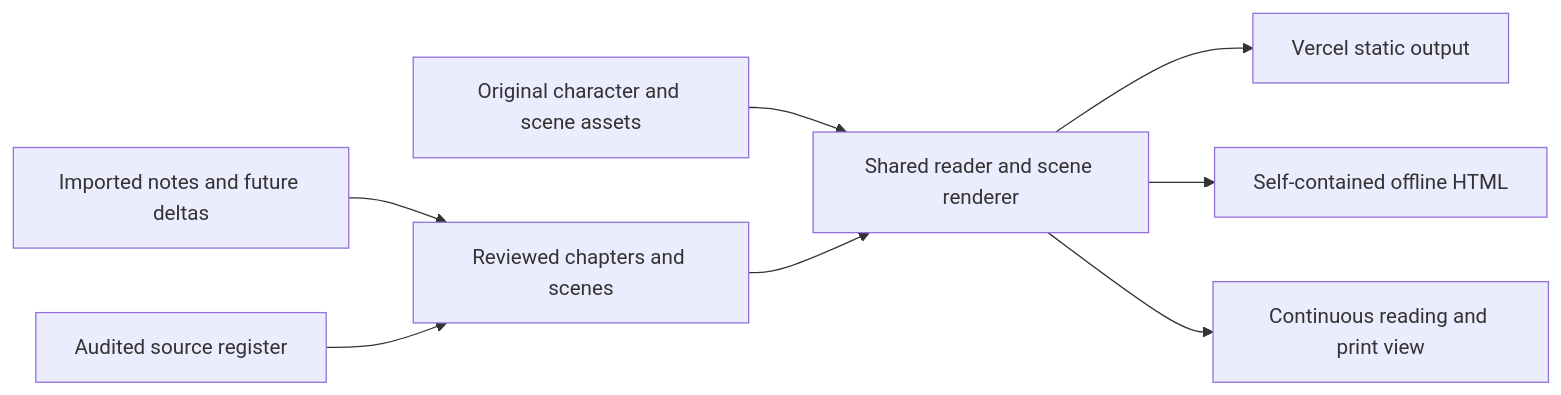
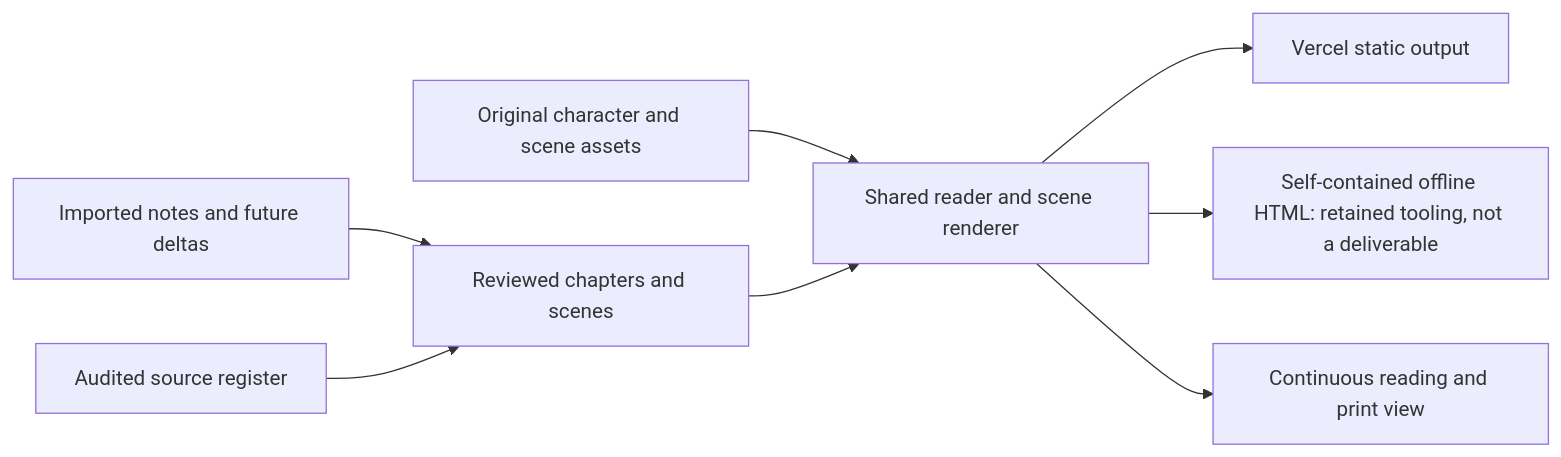
The diagram in docs/architecture.md (duckycodess/what-it-takes-to-be-happy), drawn with Mermaid before and after one commit. The commit also changed other lines of this file and 4 other files, not shown here.

````diff
--- a/docs/architecture.md
+++ b/docs/architecture.md
@@ -9,10 +11,10 @@
 ```mermaid
 flowchart LR
   N[Imported notes and future deltas] --> C[Reviewed chapters and scenes]
   R[Audited source register] --> C
   A[Original character and scene assets] --> P[Shared reader and scene renderer]
   C --> P
   P --> H[Vercel static output]
-  P --> O[Self-contained offline HTML]
+  P --> O[Self-contained offline HTML: retained tooling, not a deliverable]
   P --> T[Continuous reading and print view]
 ```
````
